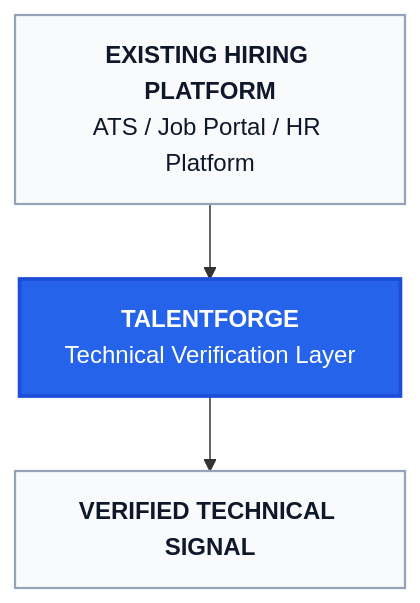
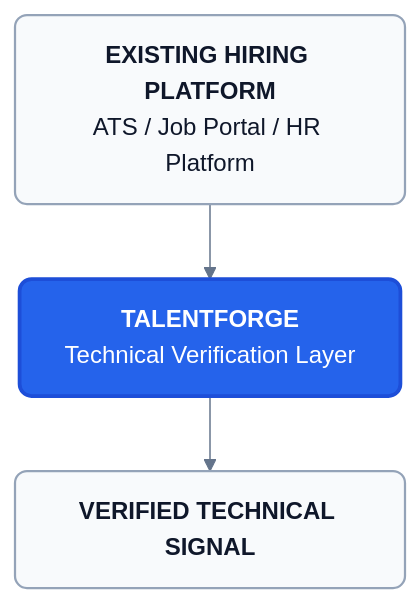
The first of 2 diagrams in README.md (qaxxam-dev/talent-forge-demo), drawn with Mermaid before and after one commit. The commit also changed other lines of this file, not shown here.

Commit message:
redesigned diagrams in README.md file

````diff
--- a/README.md
+++ b/README.md
@@ -23,13 +25,13 @@
 ```mermaid
+%%{init: {'theme': 'base', 'themeVariables': {'primaryColor': '#f8fafc', 'primaryBorderColor': '#94a3b8', 'primaryTextColor': '#0f172a', 'lineColor': '#64748b', 'fontFamily': 'Inter, ui-sans-serif, system-ui, sans-serif'}, 'flowchart': {'curve': 'basis'}}}%%
 flowchart TD
-    P["<b>EXISTING HIRING PLATFORM</b><br/>ATS / Job Portal / HR Platform"]
-    TF["<b>TALENTFORGE</b><br/>Technical Verification Layer"]
-    S["<b>VERIFIED TECHNICAL SIGNAL</b>"]
+    classDef neutral fill:#f8fafc,stroke:#94a3b8,stroke-width:1.5px,color:#0f172a,rx:8,ry:8
+    classDef accent fill:#2563eb,stroke:#1d4ed8,stroke-width:2.5px,color:#ffffff,rx:8,ry:8
+
+    P["<b>EXISTING HIRING PLATFORM</b><br/>ATS / Job Portal / HR Platform"]:::neutral
+    TF["<b>TALENTFORGE</b><br/>Technical Verification Layer"]:::accent
+    S["<b>VERIFIED TECHNICAL SIGNAL</b>"]:::neutral
 
     P --> TF
     TF --> S
-
-    style P fill:#f8fafc,stroke:#94a3b8,stroke-width:1.5px,color:#0f172a
-    style TF fill:#2563eb,stroke:#1d4ed8,stroke-width:2.5px,color:#ffffff
-    style S fill:#f8fafc,stroke:#94a3b8,stroke-width:1.5px,color:#0f172a
 ```
````
